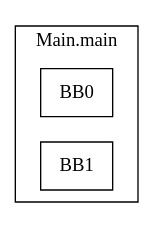
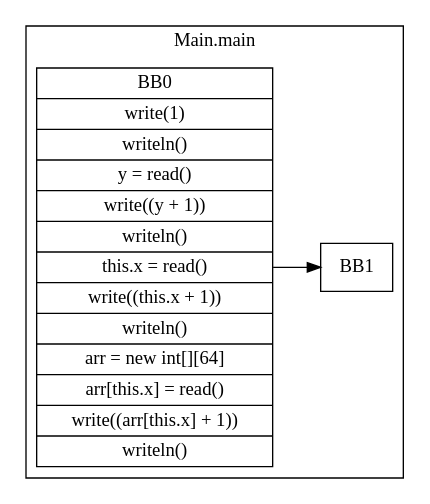
One commit to panubala/CDPP changed the diagram in HW5/javali_tests/HW4/OkDifferentReads.javali.cfg.dot. Above: the diagram before and after it, drawn with Graphviz. The commit also changed 58 other files, not shown here.

```diff
--- a/HW5/javali_tests/HW4/OkDifferentReads.javali.cfg.dot
+++ b/HW5/javali_tests/HW4/OkDifferentReads.javali.cfg.dot
@@ -1,14 +1,15 @@
 digraph G {
   graph [ rankdir = "LR" ];
   subgraph cluster_0 {
     label = "Main.main"
     M0_BB0 [
       shape="record"
-      label="BB0"
+      label="BB0|write(1)|writeln()|y = read()|write((y + 1))|writeln()|this.x = read()|write((this.x + 1))|writeln()|arr = new int[][64]|arr[this.x] = read()|write((arr[this.x] + 1))|writeln()"
     ];
+    M0_BB0 -> M0_BB1;
     M0_BB1 [
       shape="record"
       label="BB1"
     ];
   }
 }
```
